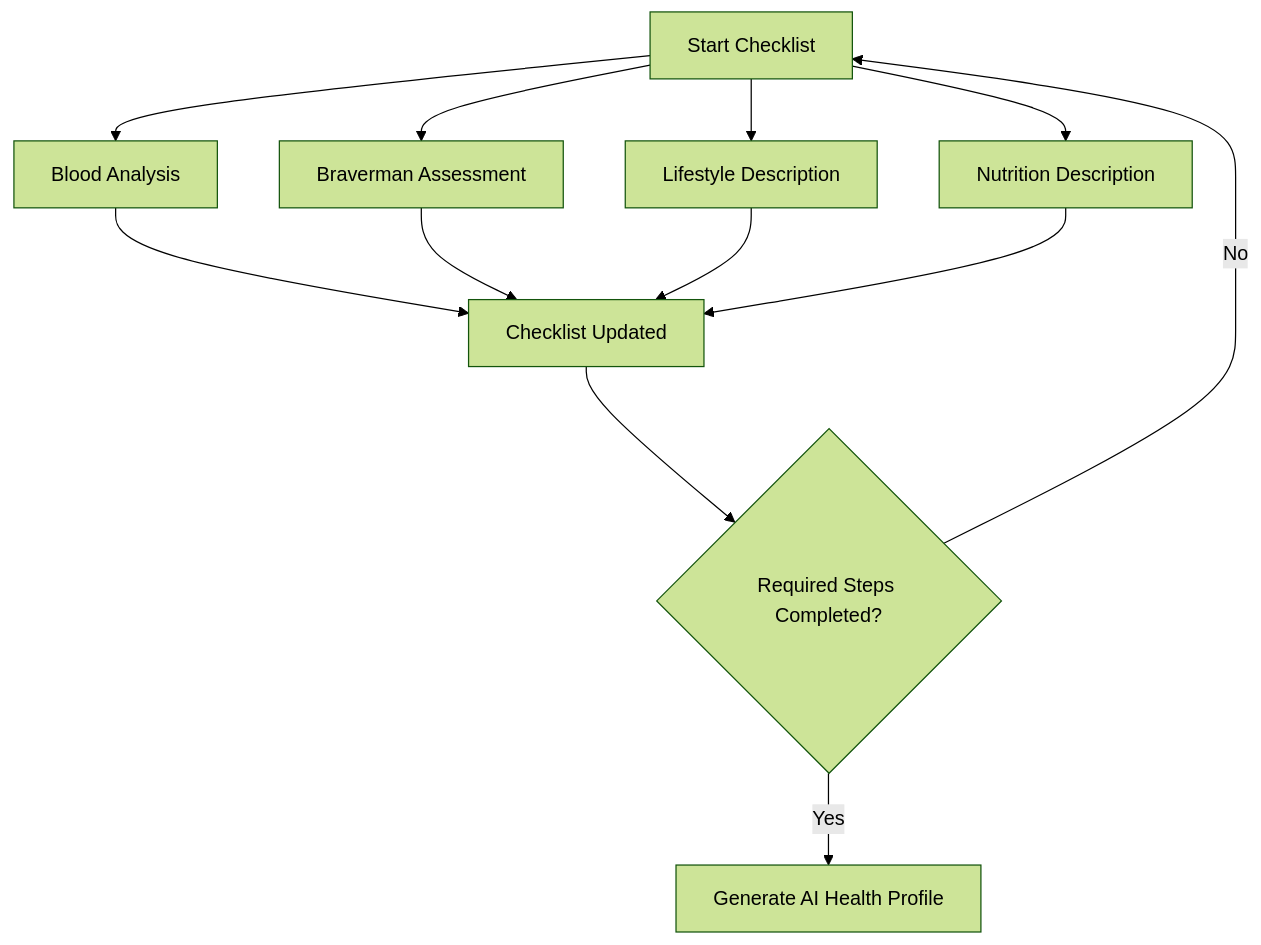
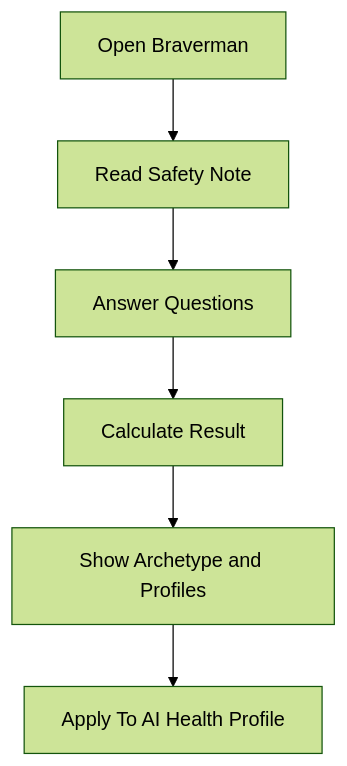
The sixth of 20 diagrams in docs/USER_FLOW.md (Yaroslavkukin/HealthCoach), drawn with Mermaid (forest theme) before and after one commit. The commit also changed other lines of this file and 20 other files, not shown here.

````diff
--- a/docs/USER_FLOW.md
+++ b/docs/USER_FLOW.md
@@ -410,14 +239,8 @@
 ```mermaid
 flowchart TD
-    A[Start Checklist] --> B[Blood Analysis]
-    A --> C[Braverman Assessment]
-    A --> D[Lifestyle Description]
-    A --> E[Nutrition Description]
-    B --> F[Checklist Updated]
-    C --> F
-    D --> F
-    E --> F
-    F --> G{Required Steps Completed?}
-    G -->|No| A
-    G -->|Yes| H[Generate AI Health Profile]
+    A[Open Braverman] --> B[Read Safety Note]
+    B --> C[Answer Questions]
+    C --> D[Calculate Result]
+    D --> E[Show Archetype and Profiles]
+    E --> F[Apply To AI Health Profile]
 ```
````
